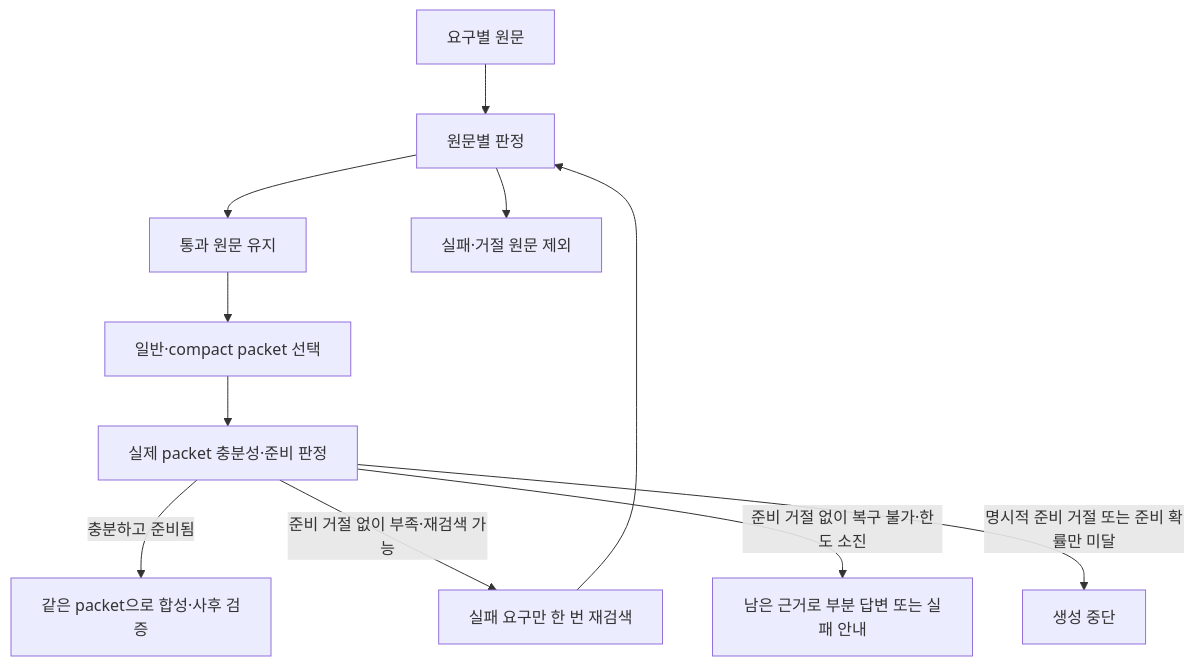
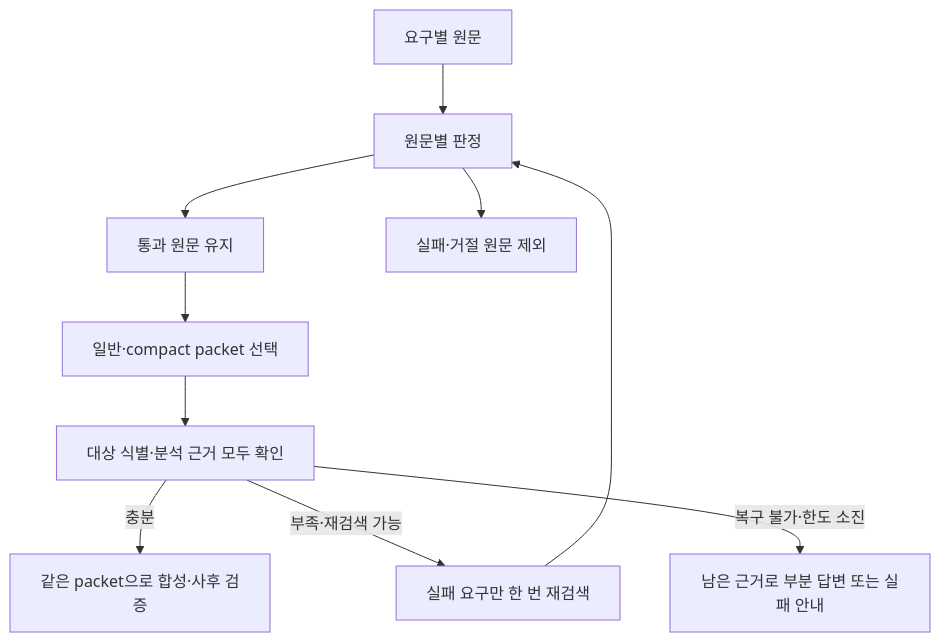
The second of 2 diagrams in docs/runtime_reference.md (qpwpep/documate-personal), drawn with Mermaid before and after one commit. The commit also changed other lines of this file and 5 other files, not shown here.

````diff
--- a/docs/runtime_reference.md
+++ b/docs/runtime_reference.md
@@ -762,13 +781,12 @@
 ```mermaid
 flowchart TD
     Sources["요구별 원문"] --> Check["원문별 판정"]
     Check --> Accepted["통과 원문 유지"]
     Check --> Rejected["실패·거절 원문 제외"]
     Accepted --> Packet["일반·compact packet 선택"]
-    Packet --> Coverage["실제 packet 충분성·준비 판정"]
-    Coverage -->|"충분하고 준비됨"| Synthesis["같은 packet으로 합성·사후 검증"]
-    Coverage -->|"준비 거절 없이 부족·재검색 가능"| Retry["실패 요구만 한 번 재검색"]
+    Packet --> Coverage["대상 식별·분석 근거 모두 확인"]
+    Coverage -->|"충분"| Synthesis["같은 packet으로 합성·사후 검증"]
+    Coverage -->|"부족·재검색 가능"| Retry["실패 요구만 한 번 재검색"]
     Retry --> Check
-    Coverage -->|"준비 거절 없이 복구 불가·한도 소진"| Partial["남은 근거로 부분 답변 또는 실패 안내"]
-    Coverage -->|"명시적 준비 거절 또는 준비 확률만 미달"| Stop["생성 중단"]
+    Coverage -->|"복구 불가·한도 소진"| Partial["남은 근거로 부분 답변 또는 실패 안내"]
 ```
````
